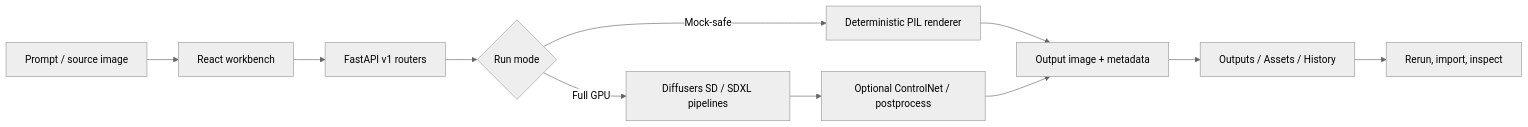
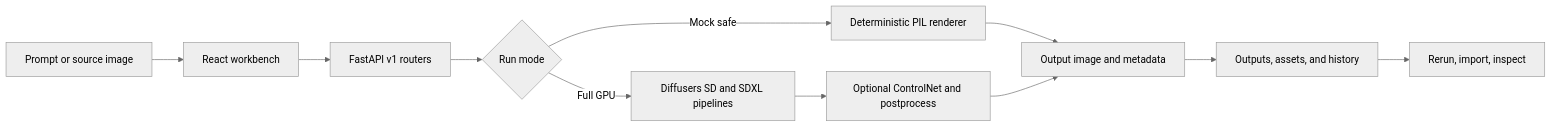
The first of 10 diagrams in README.md (Justin21523/sd-multimodal-platform), drawn with Mermaid (neutral theme) before and after one commit. The commit also changed other lines of this file, not shown here.

Commit message:
docs(readme): fix mermaid diagrams for GitHub

````diff
--- a/README.md
+++ b/README.md
@@ -35,13 +35,13 @@
 ```mermaid
 flowchart LR
-    A[Prompt / source image] --> B[React workbench]
-    B --> C[FastAPI v1 routers]
-    C --> D{Run mode}
-    D -->|Mock-safe| E[Deterministic PIL renderer]
-    D -->|Full GPU| F[Diffusers SD / SDXL pipelines]
-    F --> G[Optional ControlNet / postprocess]
-    E --> H[Output image + metadata]
+    A["Prompt or source image"] --> B["React workbench"]
+    B --> C["FastAPI v1 routers"]
+    C --> D{"Run mode"}
+    D -->|"Mock safe"| E["Deterministic PIL renderer"]
+    D -->|"Full GPU"| F["Diffusers SD and SDXL pipelines"]
+    F --> G["Optional ControlNet and postprocess"]
+    E --> H["Output image and metadata"]
     G --> H
-    H --> I[Outputs / Assets / History]
-    I --> J[Rerun, import, inspect]
+    H --> I["Outputs, assets, and history"]
+    I --> J["Rerun, import, inspect"]
 ```
````
